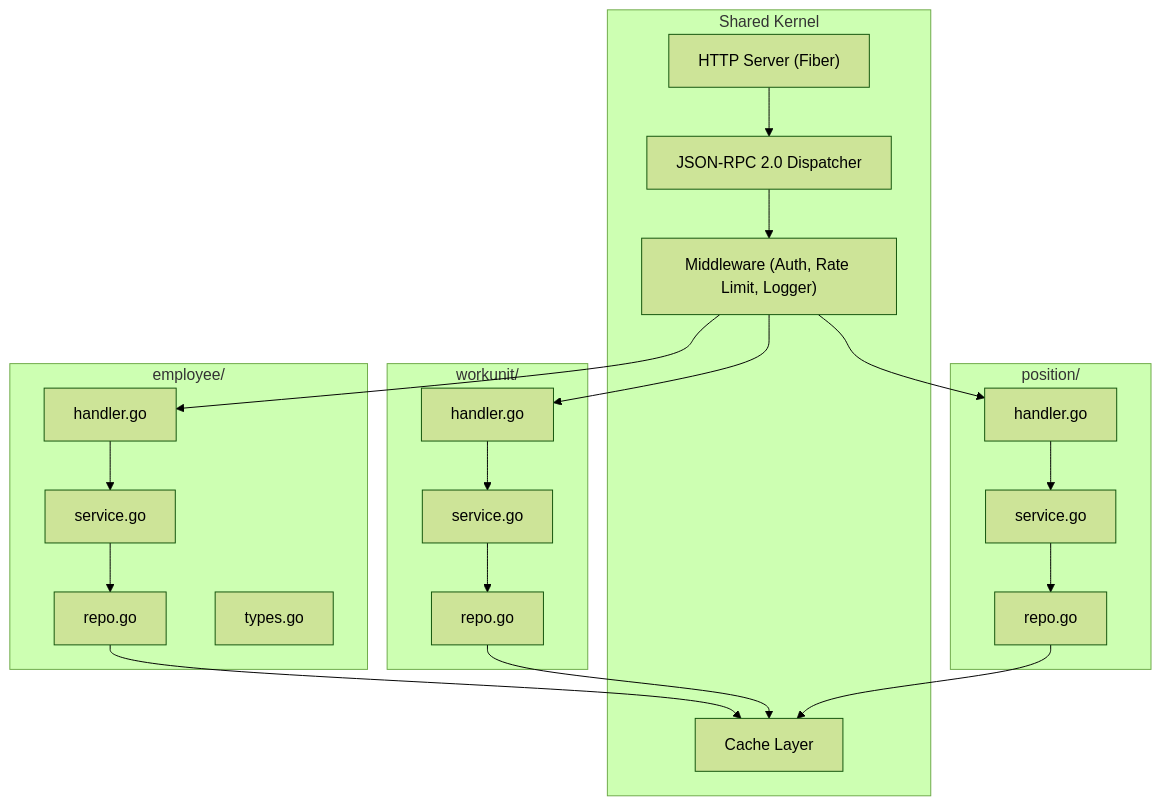
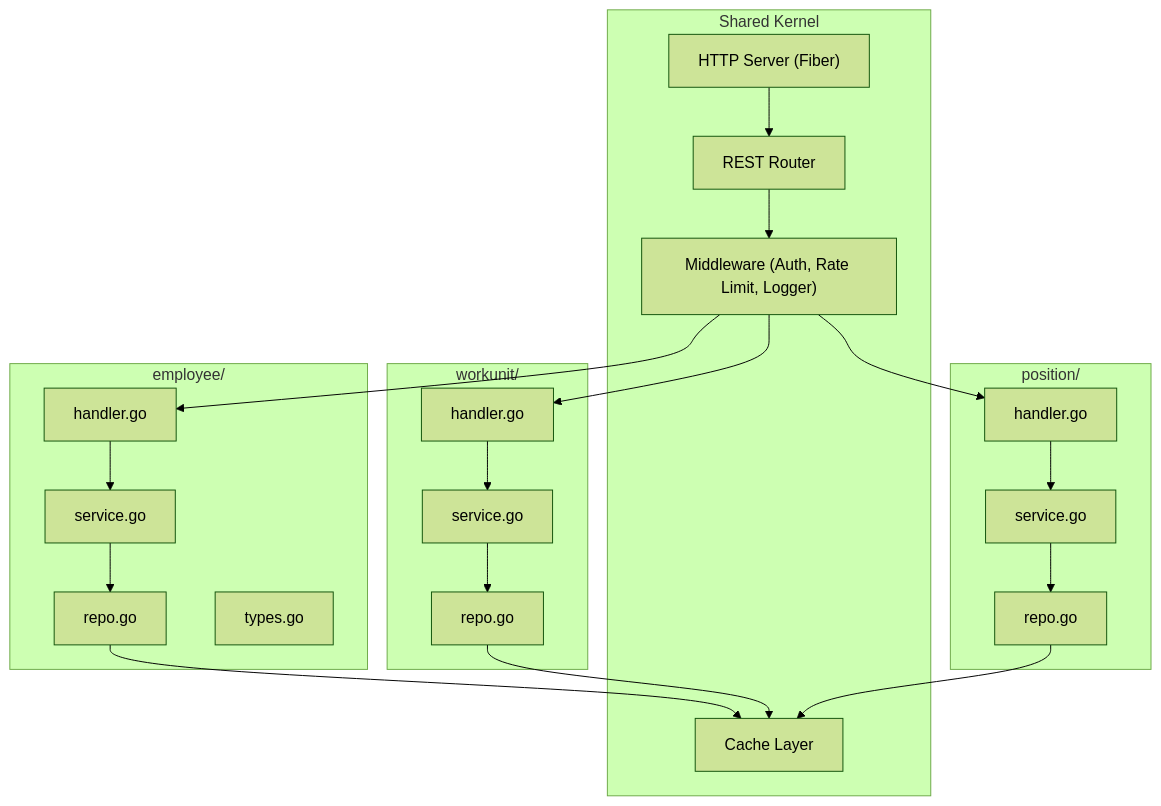
One commit to ikhwanizh/psychic-chainsaw changed the first of 3 diagrams in docs/architecture.md. Above: the diagram before and after it, drawn with Mermaid (forest theme). The commit also changed other lines of this file and 3 other files, not shown here.

Commit message:
docs: Update API documentation and architecture to reflect the migration from JSON-RPC to REST, detailing endpoint structure, field selection, and response formats.

````diff
--- a/docs/architecture.md
+++ b/docs/architecture.md
@@ -41,43 +41,43 @@
 ```mermaid
 graph TB
     subgraph Shared["Shared Kernel"]
         HTTP["HTTP Server (Fiber)"]
-        RPC["JSON-RPC 2.0 Dispatcher"]
+        ROUTER["REST Router"]
         MW["Middleware (Auth, Rate Limit, Logger)"]
         CACHE["Cache Layer"]
     end
 
     subgraph Employee["employee/"]
         E_H["handler.go"]
         E_S["service.go"]
         E_R["repo.go"]
         E_T["types.go"]
     end
 
     subgraph WorkUnit["workunit/"]
         W_H["handler.go"]
         W_S["service.go"]
         W_R["repo.go"]
     end
 
     subgraph Position["position/"]
         P_H["handler.go"]
         P_S["service.go"]
         P_R["repo.go"]
     end
 
-    HTTP --> RPC
-    RPC --> MW
+    HTTP --> ROUTER
+    ROUTER --> MW
     MW --> E_H
     MW --> W_H
     MW --> P_H
     E_H --> E_S
     E_S --> E_R
     W_H --> W_S
     W_S --> W_R
     P_H --> P_S
     P_S --> P_R
     E_R --> CACHE
     W_R --> CACHE
     P_R --> CACHE
 ```
````
